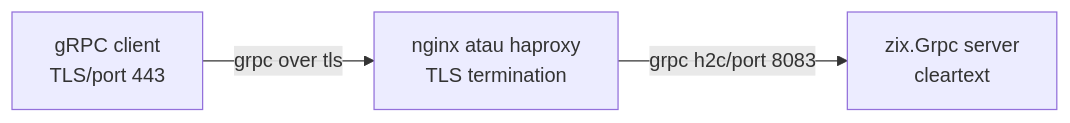
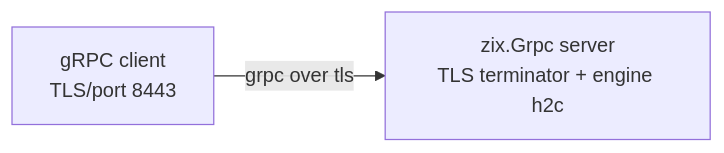
One commit to prothegee/zix changed the fourth of 4 diagrams in docs/hld-grpc-id.md. Above: the diagram before and after it, drawn with Mermaid. The commit also changed other lines of this file and 1 other file, not shown here.

Commit message:
update grpc hld for native tls

````diff
--- a/docs/hld-grpc-id.md
+++ b/docs/hld-grpc-id.md
@@ -380,5 +380,4 @@
 ```mermaid
 graph LR
-    C[gRPC client\nTLS/port 443] -->|grpc over tls| P[nginx atau haproxy\nTLS termination]
-    P -->|grpc h2c/port 8083| Z[zix.Grpc server\ncleartext]
+    C[gRPC client\nTLS/port 8443] -->|grpc over tls| Z[zix.Grpc server\nTLS terminator + engine h2c]
 ```
````
